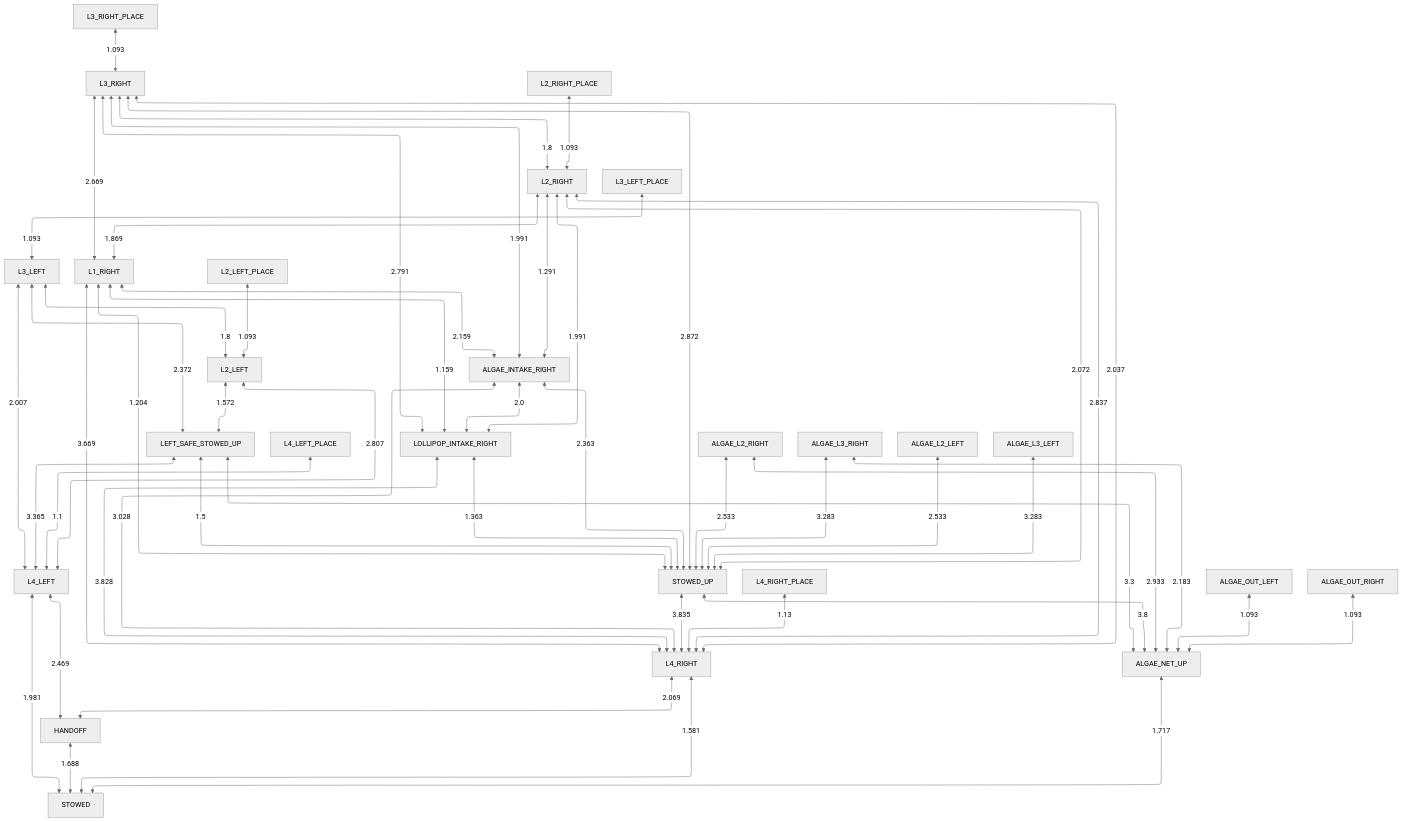
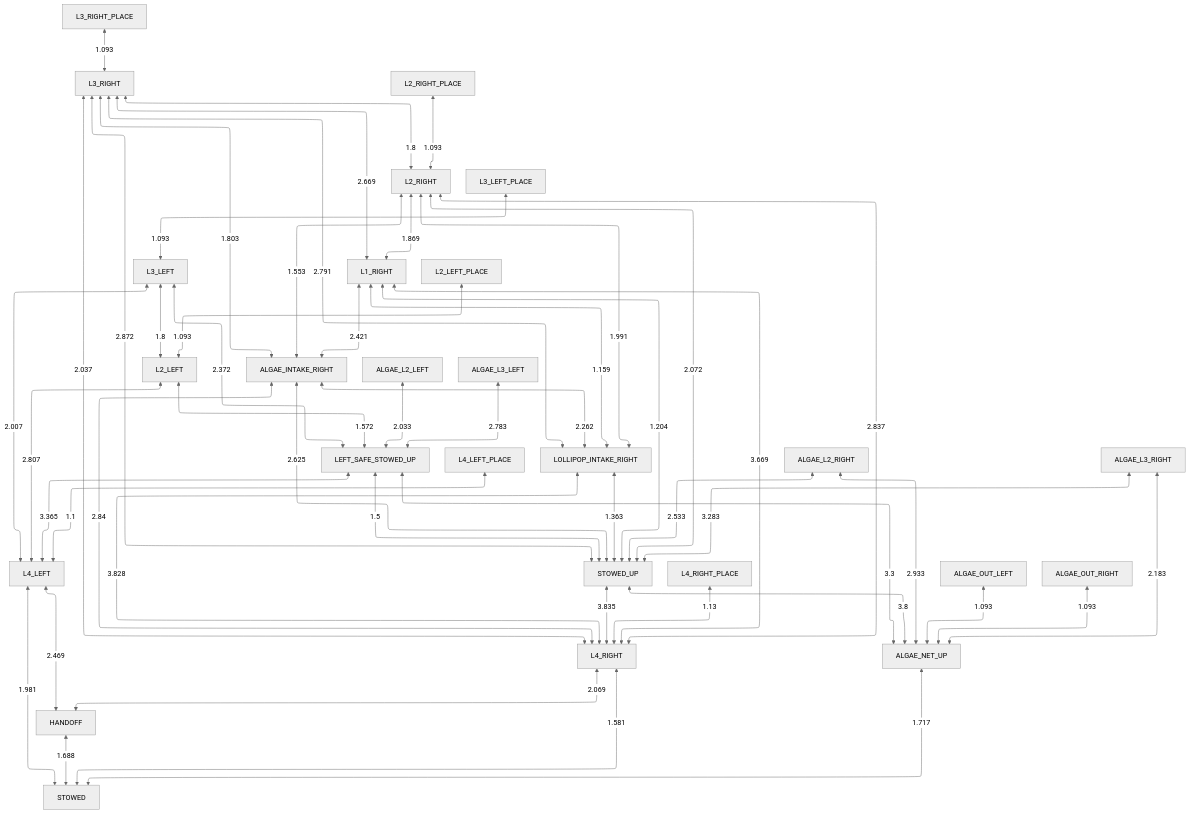
Before and after one commit to team581/offseason-2025-comp: the diagram in docs/collision_avoidance/no_obstruction.md, drawn with Mermaid (neutral theme). The commit also changed 2 other files, not shown here.

Commit message:
[autofix.ci] apply automated fixes

````diff
--- a/docs/collision_avoidance/no_obstruction.md
+++ b/docs/collision_avoidance/no_obstruction.md
@@ -3,55 +3,55 @@
 ```mermaid
 %%{ init: { "flowchart": { "defaultRenderer": "elk" } } }%%
 graph TD
 
 HANDOFF <-- 1.688 --> STOWED
 L4_LEFT <-- 1.981 --> STOWED
 L4_RIGHT <-- 1.581 --> STOWED
 ALGAE_NET_UP <-- 1.717 --> STOWED
 L4_LEFT <-- 2.469 --> HANDOFF
 L4_RIGHT <-- 2.069 --> HANDOFF
 LEFT_SAFE_STOWED_UP <-- 3.365 --> L4_LEFT
 L2_LEFT <-- 2.807 --> L4_LEFT
 L3_LEFT <-- 2.007 --> L4_LEFT
 L4_LEFT_PLACE <-- 1.1 --> L4_LEFT
 STOWED_UP <-- 3.835 --> L4_RIGHT
-ALGAE_INTAKE_RIGHT <-- 3.028 --> L4_RIGHT
+ALGAE_INTAKE_RIGHT <-- 2.84 --> L4_RIGHT
 LOLLIPOP_INTAKE_RIGHT <-- 3.828 --> L4_RIGHT
 L1_RIGHT <-- 3.669 --> L4_RIGHT
 L2_RIGHT <-- 2.837 --> L4_RIGHT
 L3_RIGHT <-- 2.037 --> L4_RIGHT
 L4_RIGHT_PLACE <-- 1.13 --> L4_RIGHT
 LEFT_SAFE_STOWED_UP <-- 3.3 --> ALGAE_NET_UP
 STOWED_UP <-- 3.8 --> ALGAE_NET_UP
 ALGAE_OUT_LEFT <-- 1.093 --> ALGAE_NET_UP
 ALGAE_OUT_RIGHT <-- 1.093 --> ALGAE_NET_UP
 ALGAE_L2_RIGHT <-- 2.933 --> ALGAE_NET_UP
 ALGAE_L3_RIGHT <-- 2.183 --> ALGAE_NET_UP
 LEFT_SAFE_STOWED_UP <-- 1.5 --> STOWED_UP
 LOLLIPOP_INTAKE_RIGHT <-- 1.363 --> STOWED_UP
-ALGAE_INTAKE_RIGHT <-- 2.363 --> STOWED_UP
+ALGAE_INTAKE_RIGHT <-- 2.625 --> STOWED_UP
 L1_RIGHT <-- 1.204 --> STOWED_UP
 L2_RIGHT <-- 2.072 --> STOWED_UP
 L3_RIGHT <-- 2.872 --> STOWED_UP
-ALGAE_L2_LEFT <-- 2.533 --> STOWED_UP
 ALGAE_L2_RIGHT <-- 2.533 --> STOWED_UP
-ALGAE_L3_LEFT <-- 3.283 --> STOWED_UP
 ALGAE_L3_RIGHT <-- 3.283 --> STOWED_UP
 L2_LEFT <-- 1.572 --> LEFT_SAFE_STOWED_UP
 L3_LEFT <-- 2.372 --> LEFT_SAFE_STOWED_UP
-ALGAE_INTAKE_RIGHT <-- 2.0 --> LOLLIPOP_INTAKE_RIGHT
+ALGAE_L2_LEFT <-- 2.033 --> LEFT_SAFE_STOWED_UP
+ALGAE_L3_LEFT <-- 2.783 --> LEFT_SAFE_STOWED_UP
+ALGAE_INTAKE_RIGHT <-- 2.262 --> LOLLIPOP_INTAKE_RIGHT
 L1_RIGHT <-- 1.159 --> LOLLIPOP_INTAKE_RIGHT
 L2_RIGHT <-- 1.991 --> LOLLIPOP_INTAKE_RIGHT
 L3_RIGHT <-- 2.791 --> LOLLIPOP_INTAKE_RIGHT
-L1_RIGHT <-- 2.159 --> ALGAE_INTAKE_RIGHT
-L2_RIGHT <-- 1.291 --> ALGAE_INTAKE_RIGHT
-L3_RIGHT <-- 1.991 --> ALGAE_INTAKE_RIGHT
+L1_RIGHT <-- 2.421 --> ALGAE_INTAKE_RIGHT
+L2_RIGHT <-- 1.553 --> ALGAE_INTAKE_RIGHT
+L3_RIGHT <-- 1.803 --> ALGAE_INTAKE_RIGHT
 L3_LEFT <-- 1.8 --> L2_LEFT
 L2_LEFT_PLACE <-- 1.093 --> L2_LEFT
 L3_LEFT_PLACE <-- 1.093 --> L3_LEFT
 L2_RIGHT <-- 1.869 --> L1_RIGHT
 L3_RIGHT <-- 2.669 --> L1_RIGHT
 L3_RIGHT <-- 1.8 --> L2_RIGHT
 L2_RIGHT_PLACE <-- 1.093 --> L2_RIGHT
 L3_RIGHT_PLACE <-- 1.093 --> L3_RIGHT
 ```
````
